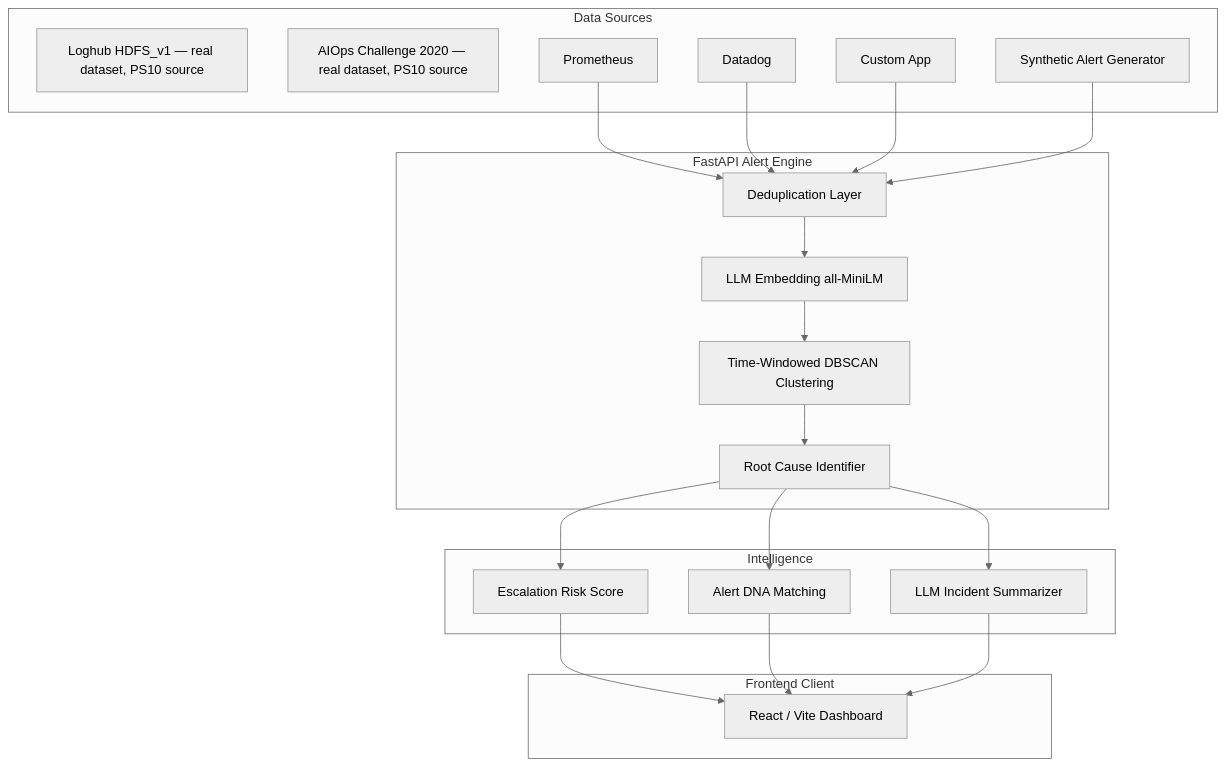
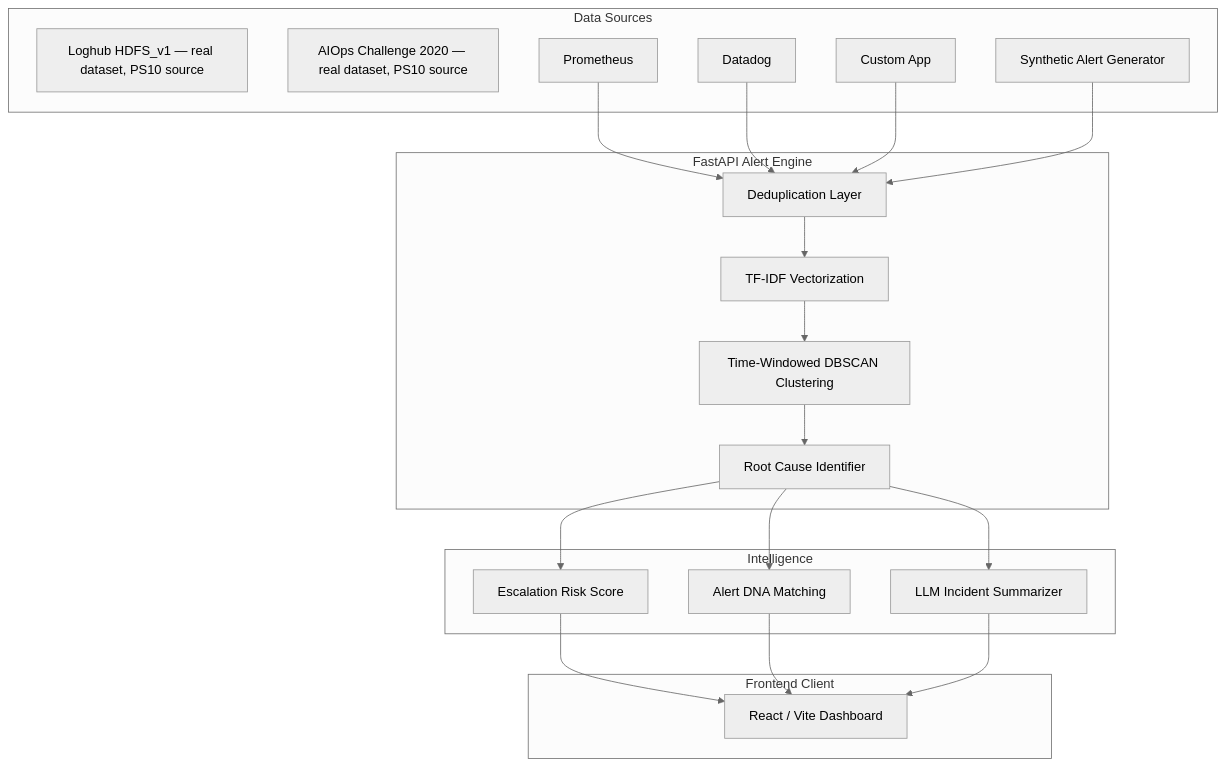
One commit to Aditya0105singh/HPE--HACKATHON-ALERT-CORRELATION-DEDUPLICATION changed the diagram in README.md. Above: the diagram before and after it, drawn with Mermaid (neutral theme). The commit also changed other lines of this file, not shown here.

Commit message:
docs: update README to reflect TF-IDF architecture, Cerebras copilot, and deployment

````diff
--- a/README.md
+++ b/README.md
@@ -30,45 +31,45 @@
 ```mermaid
 graph TD
     subgraph Data Sources
         Loghub[Loghub HDFS_v1 — real dataset, PS10 source]
         AIOps[AIOps Challenge 2020 — real dataset, PS10 source]
         Prometheus[Prometheus]
         Datadog[Datadog]
         CustomApp[Custom App]
         Gen[Synthetic Alert Generator]
     end
 
     subgraph Backend Engine [FastAPI Alert Engine]
         Dedup[Deduplication Layer]
-        Embed[LLM Embedding all-MiniLM]
+        Embed[TF-IDF Vectorization]
         Cluster[Time-Windowed DBSCAN Clustering]
         RootCause[Root Cause Identifier]
 
         Dedup --> Embed
         Embed --> Cluster
         Cluster --> RootCause
     end
 
     subgraph Intelligence
         RiskScore[Escalation Risk Score]
         DNA[Alert DNA Matching]
         Summarizer[LLM Incident Summarizer]
     end
 
     subgraph Frontend Client
         Dashboard[React / Vite Dashboard]
     end
 
     Prometheus --> Dedup
     Datadog --> Dedup
     CustomApp --> Dedup
     Gen --> Dedup
 
     RootCause --> RiskScore
     RootCause --> DNA
     RootCause --> Summarizer
 
     RiskScore --> Dashboard
     DNA --> Dashboard
     Summarizer --> Dashboard
 ```
````
